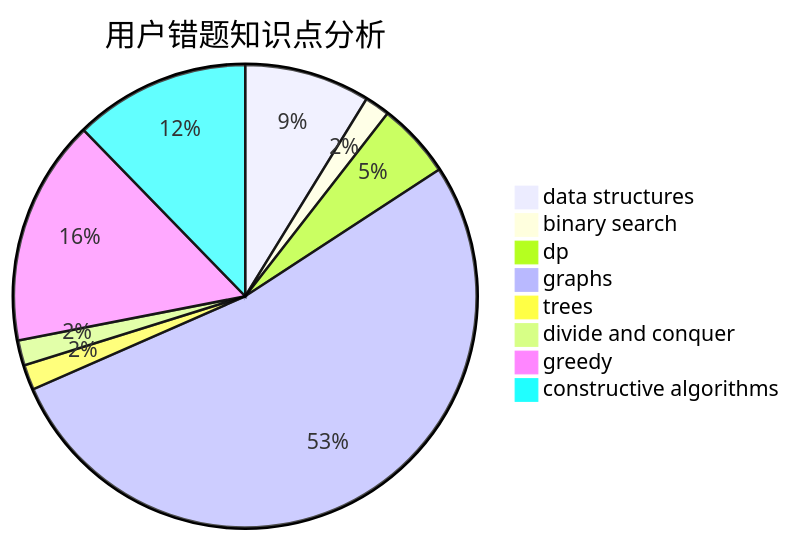
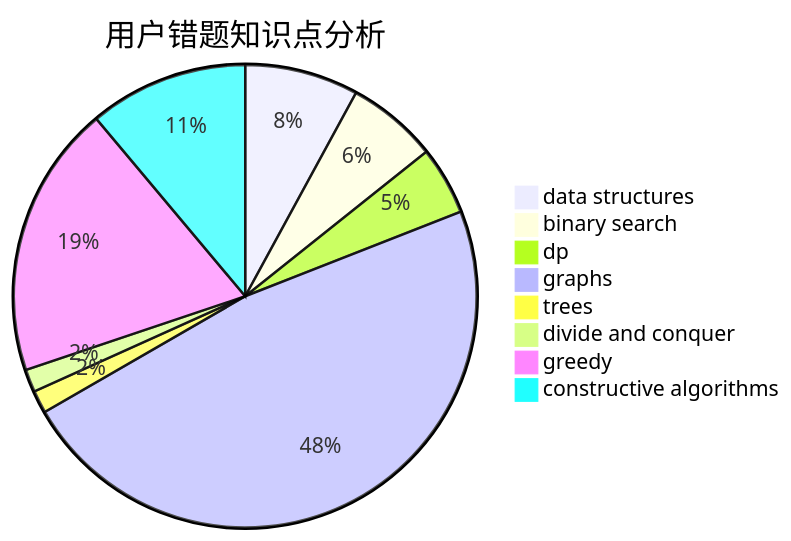
One commit to sherpahu/cfrs.github.io changed the third of 3 diagrams in docs/user/u1358.md. Above: the diagram before and after it, drawn with Mermaid. The commit also changed other lines of this file and 2770 other files, not shown here.

````diff
--- a/docs/user/u1358.md
+++ b/docs/user/u1358.md
@@ -36,11 +36,11 @@
 ```mermaid
 pie title 用户错题知识点分析
     "data structures" :  5
-    "binary search" :  1
+    "binary search" :  4
     "dp" :  3
     "graphs" :  30
     "trees" :  1
     "divide and conquer" :  1
-    "greedy" :  9
+    "greedy" :  12
     "constructive algorithms" :  7
 ```
````
